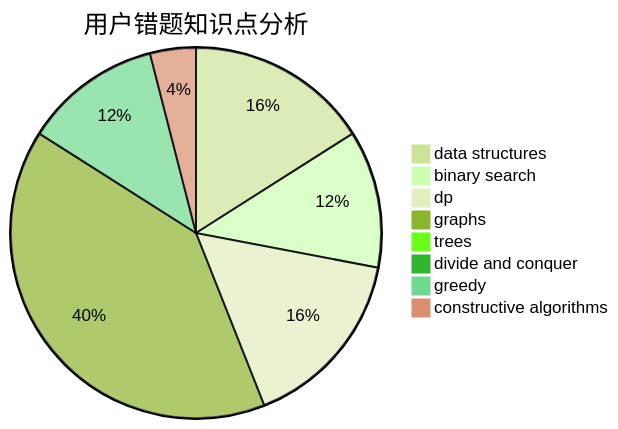
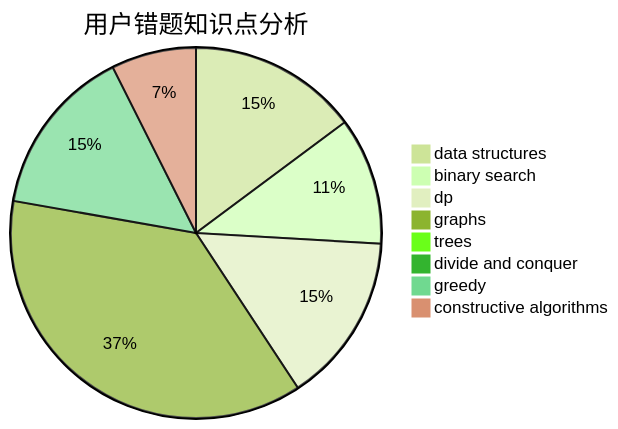
The third of 3 diagrams in docs/user/u1845.md (sherpahu/cfrs.github.io), drawn with Mermaid (forest theme) before and after one commit. The commit also changed other lines of this file and 2770 other files, not shown here.

````diff
--- a/docs/user/u1845.md
+++ b/docs/user/u1845.md
@@ -36,11 +36,11 @@
 ```mermaid
 pie title 用户错题知识点分析
     "data structures" :  4
     "binary search" :  3
     "dp" :  4
     "graphs" :  10
     "trees" :  0
     "divide and conquer" :  0
-    "greedy" :  3
-    "constructive algorithms" :  1
+    "greedy" :  4
+    "constructive algorithms" :  2
 ```
````
